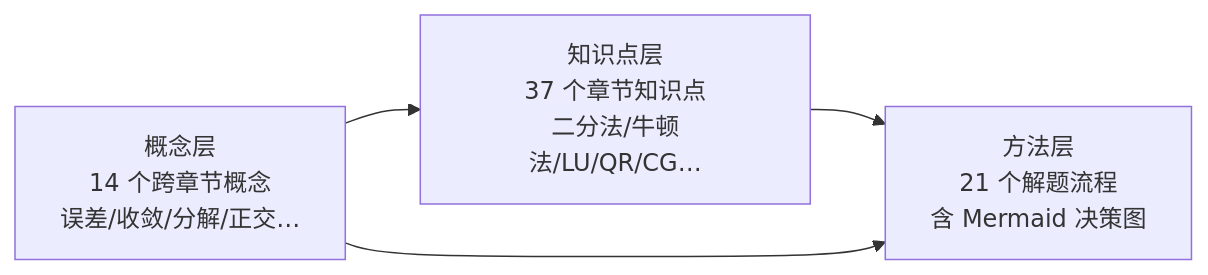
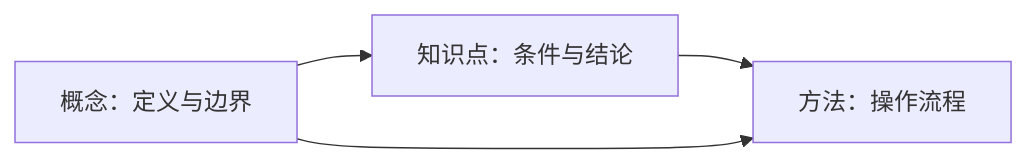
Before and after one commit to JunQianNuo/Nuo-s-knowledge-base: the diagram in 课程/归档/数值分析/数值分析-知识点概念方法体系.md, drawn with Mermaid. The commit also changed other lines of this file and 2578 other files, not shown here.

````diff
--- a/课程/归档/数值分析/数值分析-知识点概念方法体系.md
+++ b/课程/归档/数值分析/数值分析-知识点概念方法体系.md
@@ -30,6 +30,6 @@
 ```mermaid
 flowchart LR
-    A["概念层<br/>14 个跨章节概念<br/>误差/收敛/分解/正交…"] --> B["知识点层<br/>37 个章节知识点<br/>二分法/牛顿法/LU/QR/CG…"]
-    B --> C["方法层<br/>21 个解题流程<br/>含 Mermaid 决策图"]
+    A["概念：定义与边界"] --> B["知识点：条件与结论"]
+    B --> C["方法：操作流程"]
     A --> C
 ```
````
